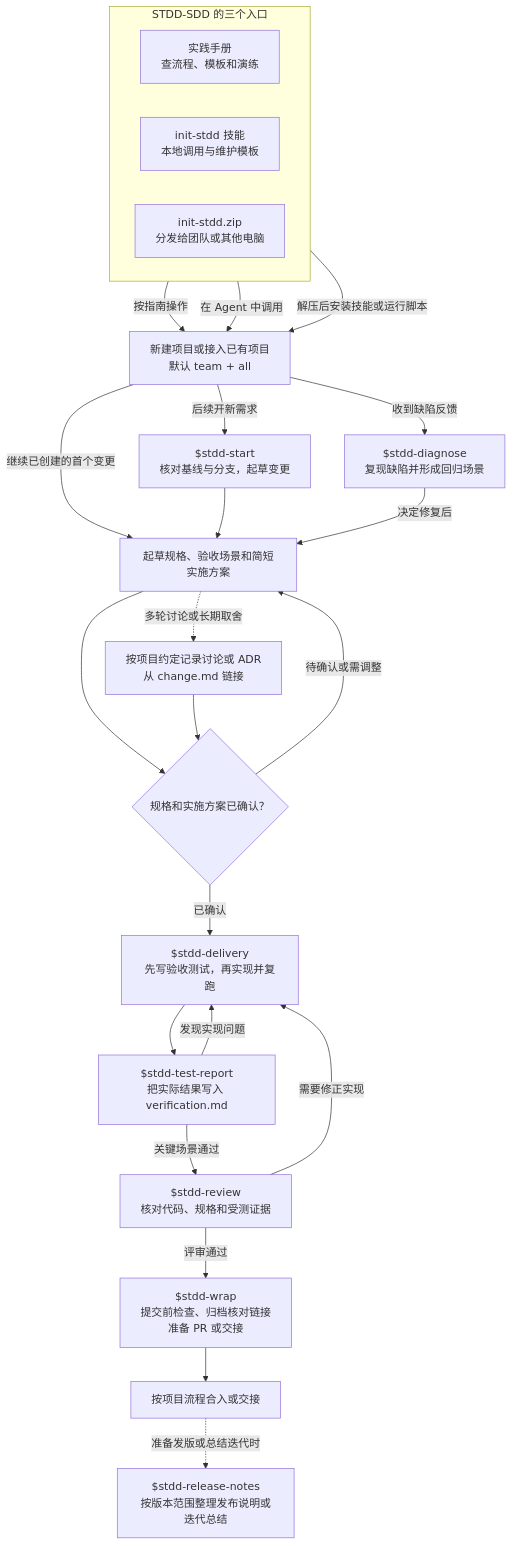
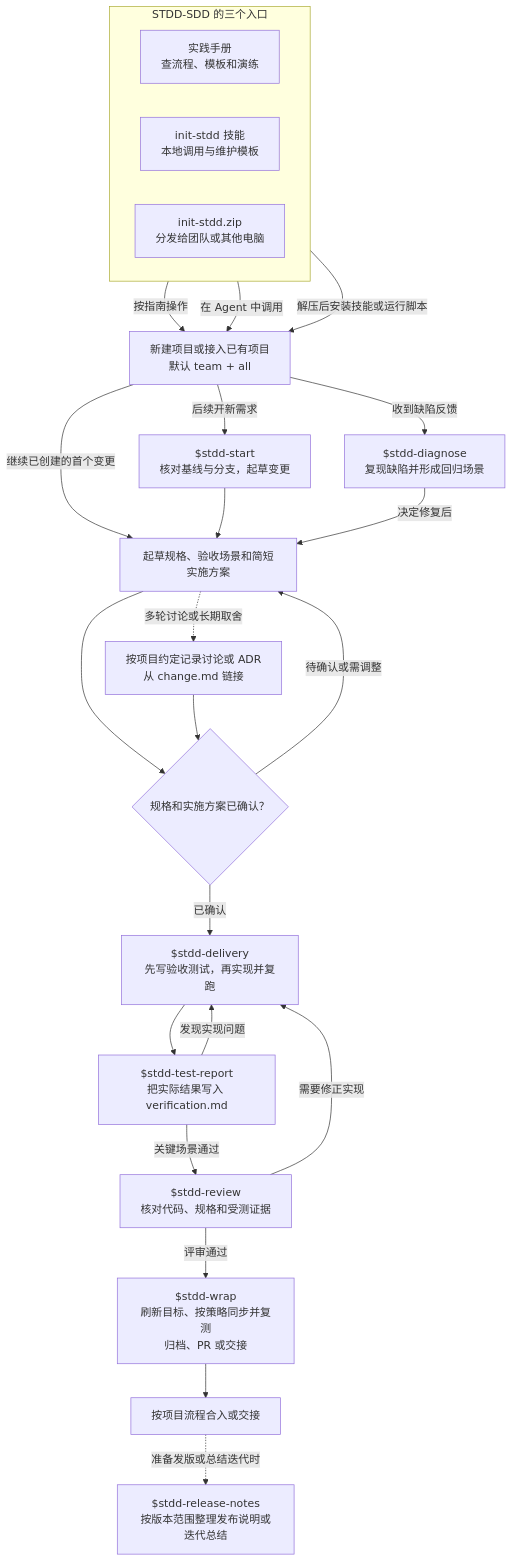
Before and after one commit to zhgqwx-del/stdd-sdd: the diagram in STDD-SDD/.agents/skills/init-stdd/references/usage.md, drawn with Mermaid. The commit also changed other lines of this file and 35 other files, not shown here.

````diff
--- a/STDD-SDD/.agents/skills/init-stdd/references/usage.md
+++ b/STDD-SDD/.agents/skills/init-stdd/references/usage.md
@@ -68,43 +68,43 @@
 ```mermaid
 flowchart TD
     subgraph Entries["STDD-SDD 的三个入口"]
         direction LR
         Manual["实践手册<br/>查流程、模板和演练"]
         Skill["init-stdd 技能<br/>本地调用与维护模板"]
         Package["init-stdd.zip<br/>分发给团队或其他电脑"]
     end
 
     Init["新建项目或接入已有项目<br/>默认 team + all"]
     Start["$stdd-start<br/>核对基线与分支，起草变更"]
     Diagnose["$stdd-diagnose<br/>复现缺陷并形成回归场景"]
     Spec["起草规格、验收场景和简短实施方案"]
     Records["按项目约定记录讨论或 ADR<br/>从 change.md 链接"]
     Confirm{"规格和实施方案已确认？"}
     Delivery["$stdd-delivery<br/>先写验收测试，再实现并复跑"]
     Report["$stdd-test-report<br/>把实际结果写入 verification.md"]
     Review["$stdd-review<br/>核对代码、规格和受测证据"]
-    Wrap["$stdd-wrap<br/>提交前检查、归档核对链接<br/>准备 PR 或交接"]
+    Wrap["$stdd-wrap<br/>刷新目标、按策略同步并复测<br/>归档、PR 或交接"]
     Done["按项目流程合入或交接"]
     Release["$stdd-release-notes<br/>按版本范围整理发布说明或迭代总结"]
 
     Manual -->|按指南操作| Init
     Skill -->|在 Agent 中调用| Init
     Package -->|解压后安装技能或运行脚本| Init
     Init -->|继续已创建的首个变更| Spec
     Init -->|后续开新需求| Start
     Init -->|收到缺陷反馈| Diagnose
     Start --> Spec
     Diagnose -->|决定修复后| Spec
     Spec --> Confirm
     Spec -.->|多轮讨论或长期取舍| Records
     Records --> Confirm
     Confirm -->|已确认| Delivery
     Confirm -->|待确认或需调整| Spec
     Delivery --> Report
     Report -->|关键场景通过| Review
     Report -->|发现实现问题| Delivery
     Review -->|需要修正实现| Delivery
     Review -->|评审通过| Wrap
     Wrap --> Done
     Done -.->|准备发版或总结迭代时| Release
 ```
````
